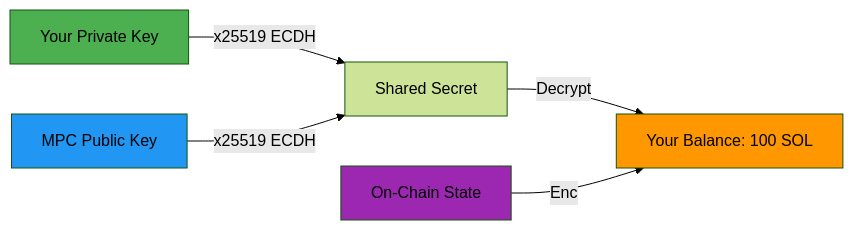
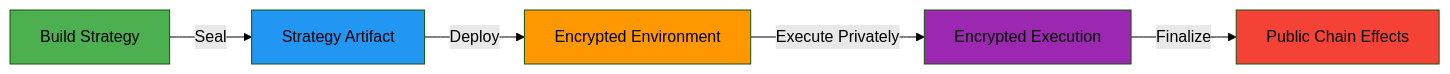
One commit to SiphonMoney/Siphon_Sol changed the diagram in README.md. Above: the diagram before and after it, drawn with Mermaid (forest theme). The commit also changed other lines of this file, not shown here.

````diff
--- a/README.md
+++ b/README.md
@@ -29,12 +134,13 @@
 ```mermaid
 graph LR
-    A[Your Private Key] -->|x25519 ECDH| B[Shared Secret]
-    C[MPC Public Key] -->|x25519 ECDH| B
-    B -->|Decrypt| D[Your Balance: 100 SOL]
-    E[On-Chain State] -->|Enc<Shared, Balance>| D
+    A[Build Strategy] -->|Seal| B[Strategy Artifact]
+    B -->|Deploy| C[Encrypted Environment]
+    C -->|Execute Privately| D[Encrypted Execution]
+    D -->|Finalize| E[Public Chain Effects]
     
     style A fill:#4CAF50
-    style C fill:#2196F3
-    style D fill:#FF9800
-    style E fill:#9C27B0
+    style B fill:#2196F3
+    style C fill:#FF9800
+    style D fill:#9C27B0
+    style E fill:#F44336
 ```
````
